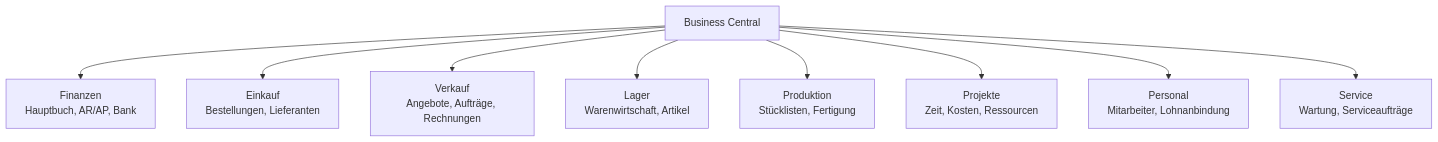
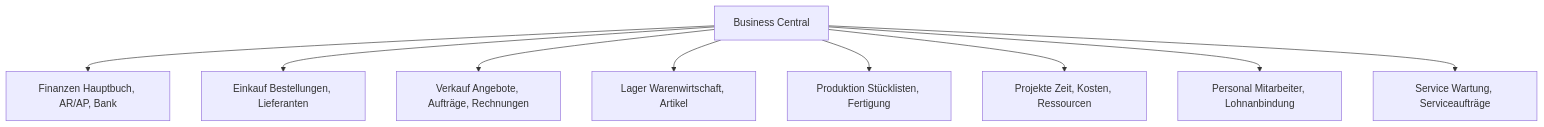
Before and after one commit to SoniiiT/notes-n-docs: the diagram in Microsoft 365/Dynamics 365/Dynamics 365 Business Central.md, drawn with Mermaid. The commit also changed 124 other files, not shown here.

First line of the commit message:
fix: Entferne \n aus allen Mermaid-Diagrammen (125 Dateien)

````diff
--- a/Microsoft 365/Dynamics 365/Dynamics 365 Business Central.md
+++ b/Microsoft 365/Dynamics 365/Dynamics 365 Business Central.md
@@ -31,11 +31,11 @@
 ```mermaid
 graph TD
-    BC[Business Central] --> FIN[Finanzen\nHauptbuch, AR/AP, Bank]
-    BC --> PURCH[Einkauf\nBestellungen, Lieferanten]
-    BC --> SALES[Verkauf\nAngebote, Aufträge, Rechnungen]
-    BC --> INV[Lager\nWarenwirtschaft, Artikel]
-    BC --> MFG[Produktion\nStücklisten, Fertigung]
-    BC --> PROJ[Projekte\nZeit, Kosten, Ressourcen]
-    BC --> HR2[Personal\nMitarbeiter, Lohnanbindung]
-    BC --> SVC[Service\nWartung, Serviceaufträge]
+    BC[Business Central] --> FIN[Finanzen Hauptbuch, AR/AP, Bank]
+    BC --> PURCH[Einkauf Bestellungen, Lieferanten]
+    BC --> SALES[Verkauf Angebote, Aufträge, Rechnungen]
+    BC --> INV[Lager Warenwirtschaft, Artikel]
+    BC --> MFG[Produktion Stücklisten, Fertigung]
+    BC --> PROJ[Projekte Zeit, Kosten, Ressourcen]
+    BC --> HR2[Personal Mitarbeiter, Lohnanbindung]
+    BC --> SVC[Service Wartung, Serviceaufträge]
 ```
````
